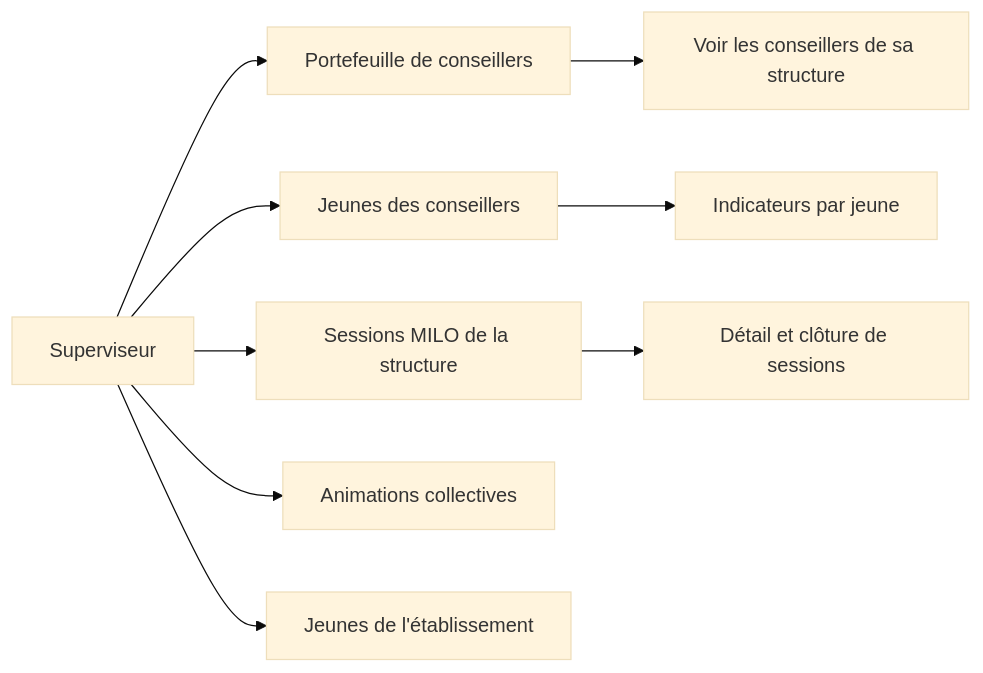
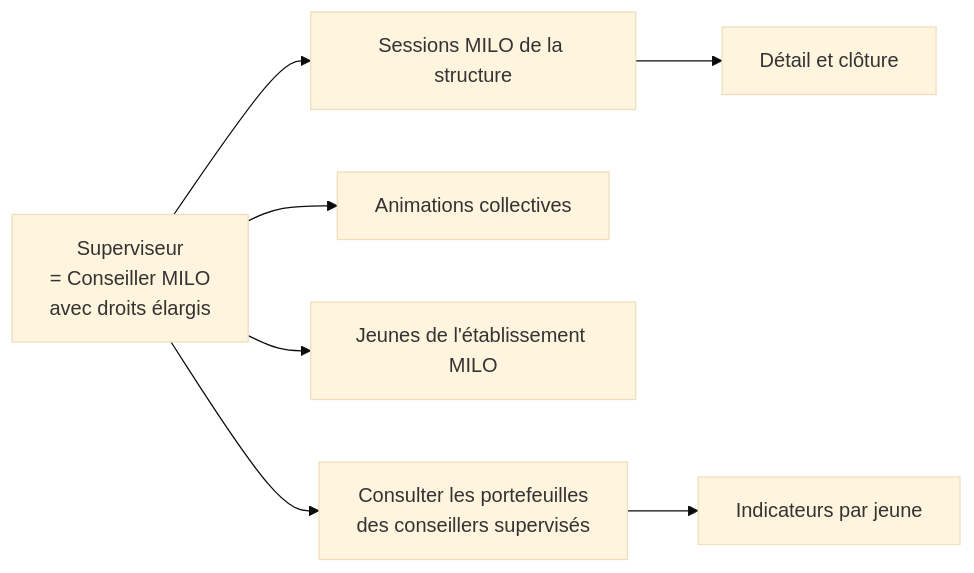
The first of 2 diagrams in docs/actors/superviseur.md (France-Travail/pass-emploi-api), drawn with Mermaid (base theme) before and after one commit. The commit also changed other lines of this file and 11 other files, not shown here.

Commit message:
docs: correction superviseur — conseiller MILO avec droits de supervision

````diff
--- a/docs/actors/superviseur.md
+++ b/docs/actors/superviseur.md
@@ -12,12 +16,12 @@
 ```mermaid
 graph LR
-    SV[Superviseur] --> PC[Portefeuille de conseillers]
-    SV --> JC[Jeunes des conseillers]
+    SV[Superviseur<br/>= Conseiller MILO<br/>avec droits élargis]
+
     SV --> SES[Sessions MILO de la structure]
     SV --> AC[Animations collectives]
-    SV --> JEL[Jeunes de l'établissement]
+    SV --> JEL[Jeunes de l'établissement MILO]
+    SV --> PC[Consulter les portefeuilles<br/>des conseillers supervisés]
 
-    PC --> CONS[Voir les conseillers de sa structure]
-    JC --> IND[Indicateurs par jeune]
-    SES --> DET[Détail et clôture de sessions]
+    SES --> DET[Détail et clôture]
+    PC --> IND[Indicateurs par jeune]
 ```
````
